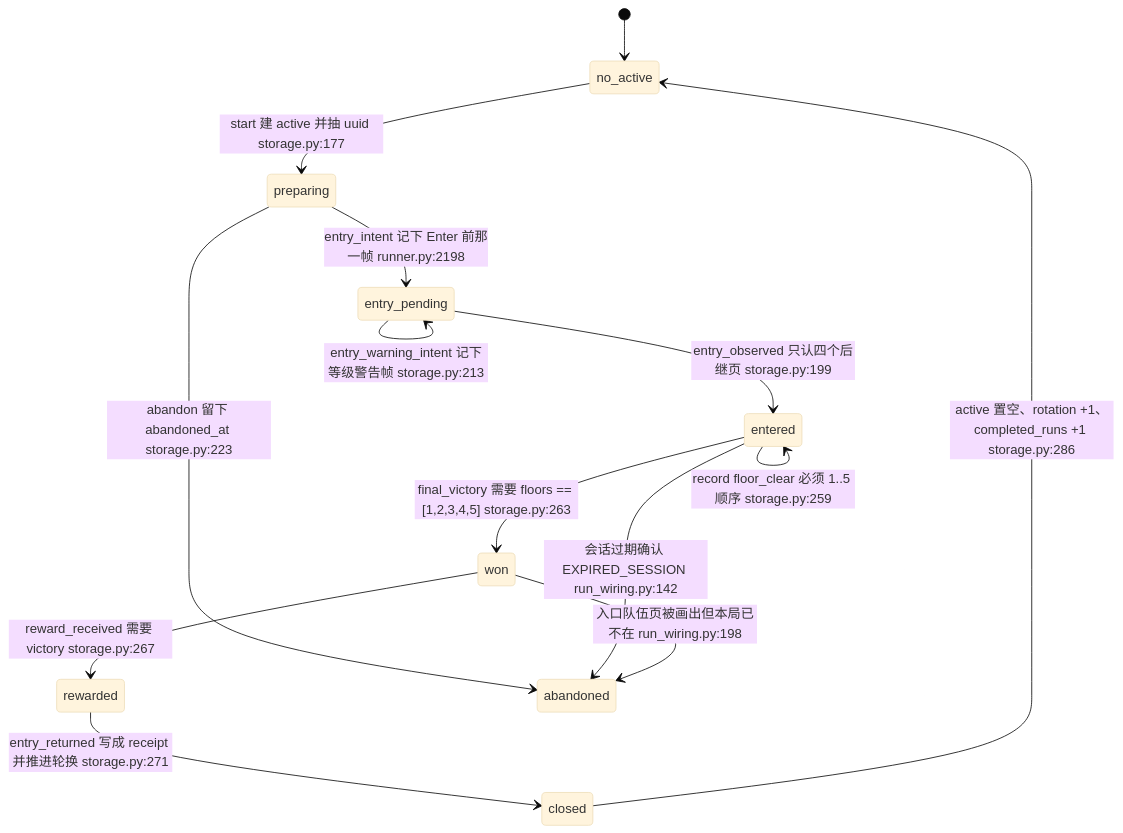
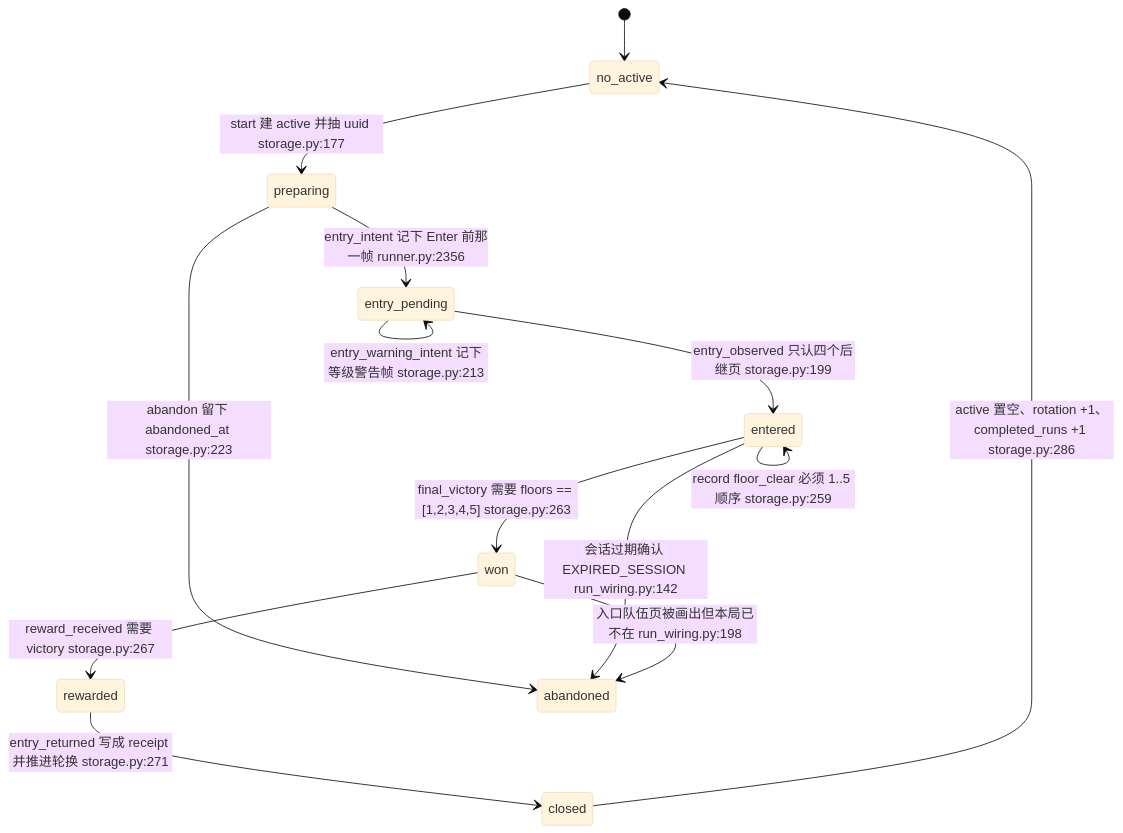
Before and after one commit to sairaisaika/MaaLimbus: the third of 6 diagrams in docs/wiki/zh_cn/5-state-and-data.md, drawn with Mermaid (base theme). The commit also changed other lines of this file and 28 other files, not shown here.

Commit message:
Fix entry reconciliation shadowing and document engineering diagram semantics

````diff
--- a/docs/wiki/zh_cn/5-state-and-data.md
+++ b/docs/wiki/zh_cn/5-state-and-data.md
@@ -200,16 +210,16 @@
 ```mermaid
 stateDiagram-v2
     [*] --> no_active
     no_active --> preparing : start 建 active 并抽 uuid storage.py:177
-    preparing --> entry_pending : entry_intent 记下 Enter 前那一帧 runner.py:2198
+    preparing --> entry_pending : entry_intent 记下 Enter 前那一帧 runner.py:2356
     entry_pending --> entry_pending : entry_warning_intent 记下等级警告帧 storage.py:213
     entry_pending --> entered : entry_observed 只认四个后继页 storage.py:199
     entered --> entered : record floor_clear 必须 1..5 顺序 storage.py:259
     entered --> won : final_victory 需要 floors == [1,2,3,4,5] storage.py:263
     won --> rewarded : reward_received 需要 victory storage.py:267
     rewarded --> closed : entry_returned 写成 receipt 并推进轮换 storage.py:271
     closed --> no_active : active 置空、rotation +1、completed_runs +1 storage.py:286
     preparing --> abandoned : abandon 留下 abandoned_at storage.py:223
     entered --> abandoned : 会话过期确认 EXPIRED_SESSION run_wiring.py:142
     won --> abandoned : 入口队伍页被画出但本局已不在 run_wiring.py:198
 ```
````
